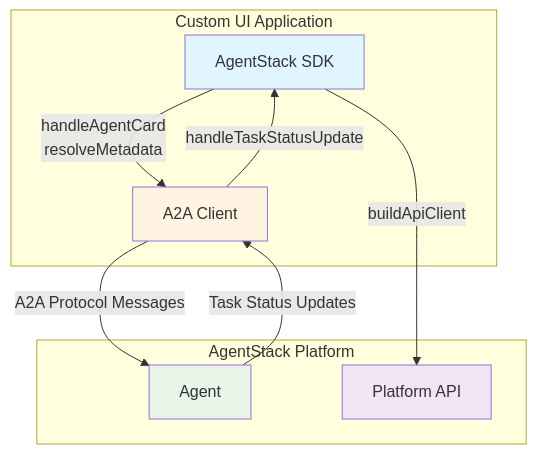
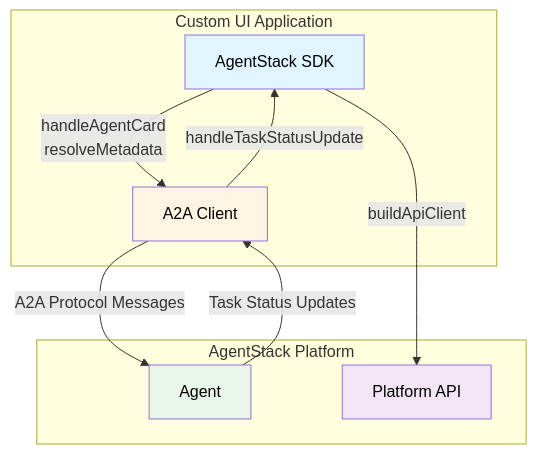
One commit to i-am-bee/agentstack changed the diagram in docs/development/custom-ui/getting-started.mdx. Above: the diagram before and after it, drawn with Mermaid.

Commit message:
docs: make mermaid diagram text readable in dark mode

````diff
--- a/docs/development/custom-ui/getting-started.mdx
+++ b/docs/development/custom-ui/getting-started.mdx
@@ -24,23 +24,23 @@
 ```mermaid
 graph TB
     subgraph CustomUI [Custom UI Application]
         SDK[AgentStack SDK]
         A2AClient[A2A Client]
     end
     
     subgraph AgentStack [AgentStack Platform]
         Agent[Agent]
         API[Platform API]
     end
     
     SDK -->|"handleAgentCard<br/>resolveMetadata"| A2AClient
     A2AClient -->|"A2A Protocol Messages"| Agent
     Agent -->|"Task Status Updates"| A2AClient
     A2AClient -->|"handleTaskStatusUpdate"| SDK
     SDK -->|"buildApiClient"| API
     
-    style SDK fill:#e1f5ff
-    style A2AClient fill:#fff4e1
-    style Agent fill:#e8f5e9
-    style API fill:#f3e5f5
+    style SDK fill:#e1f5ff,color:#000000
+    style A2AClient fill:#fff4e1,color:#000000
+    style Agent fill:#e8f5e9,color:#000000
+    style API fill:#f3e5f5,color:#000000
 ```
````
